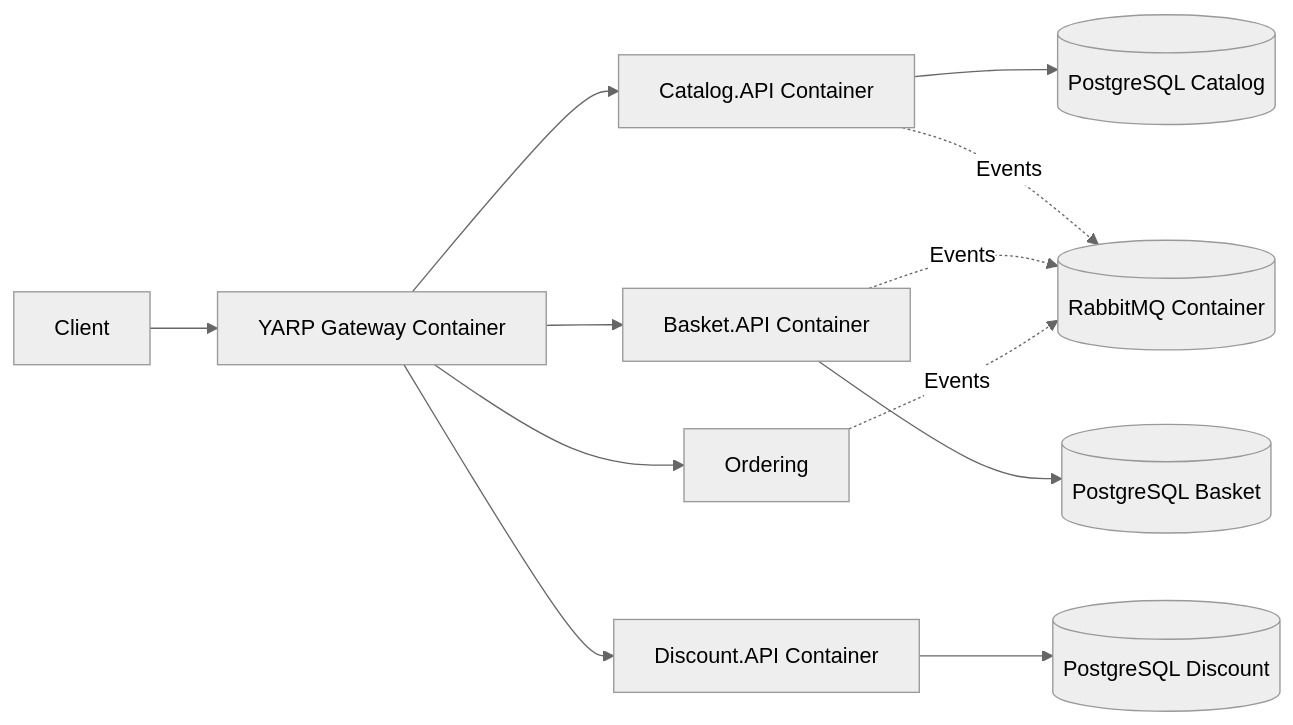
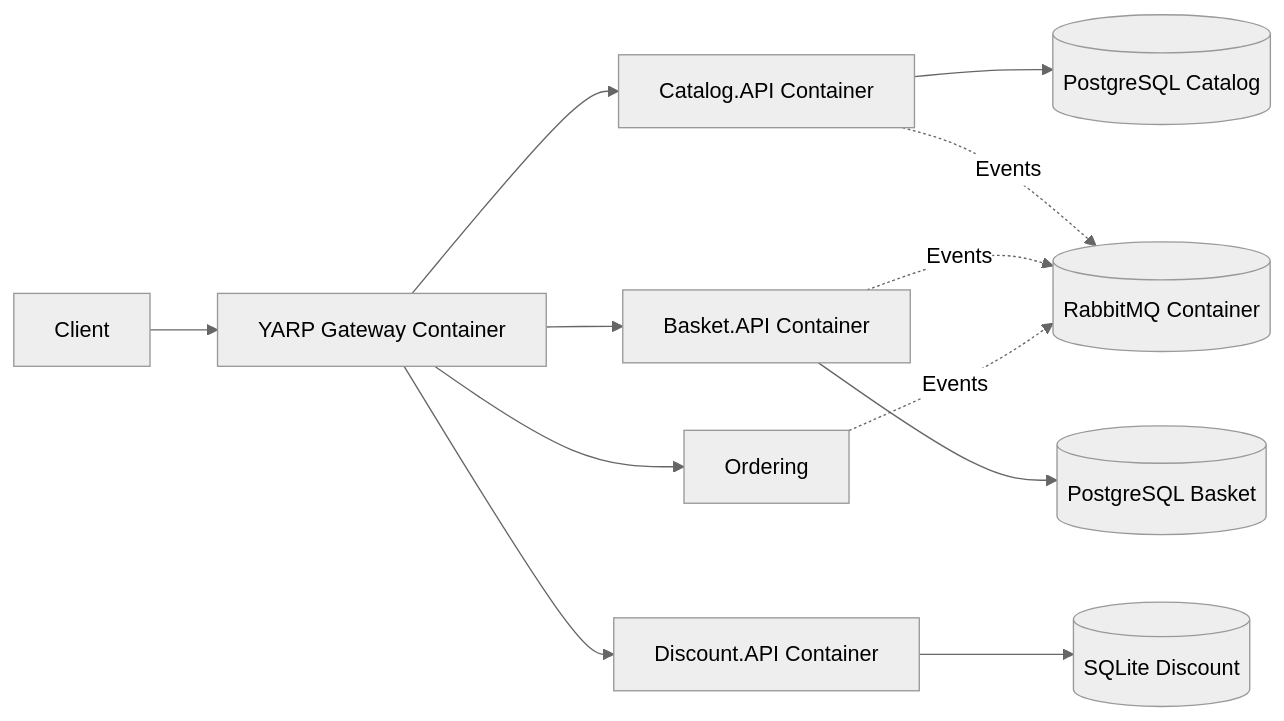
The diagram in docs/adr/005-docker-containerization.md (SafiaBeaumale/eshop-ynov), drawn with Mermaid (neutral theme) before and after one commit. The commit also changed 2 other files, not shown here.

Commit message:
📝 Update Postman collection and doc

````diff
--- a/docs/adr/005-docker-containerization.md
+++ b/docs/adr/005-docker-containerization.md
@@ -28,17 +28,17 @@
 ```mermaid
 graph LR
     Client --> Gateway[YARP Gateway Container]
 
     Gateway --> Catalog[Catalog.API Container]
     Gateway --> Basket[Basket.API Container]
     Gateway --> Discount[Discount.API Container]
     Gateway --> Ordering
 
     Catalog --> CatalogDB[(PostgreSQL Catalog)]
     Basket --> BasketDB[(PostgreSQL Basket)]
-    Discount --> DiscountDB[(PostgreSQL Discount)]
+    Discount --> DiscountDB[(SQLite Discount)]
 
     Catalog -. Events .-> RabbitMQ[(RabbitMQ Container)]
     Basket -. Events .-> RabbitMQ
     Ordering -. Events .-> RabbitMQ
 ```
````
